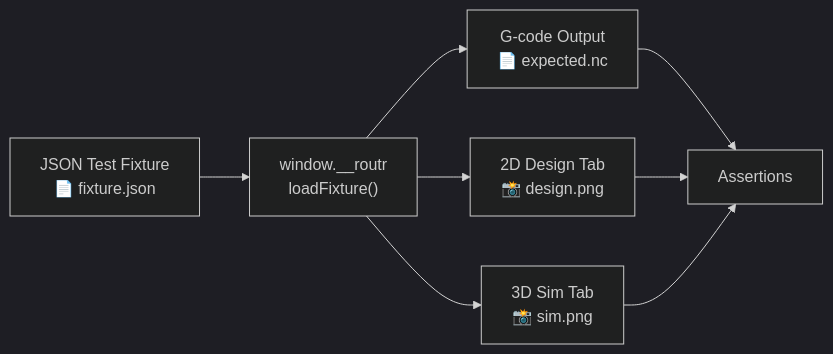
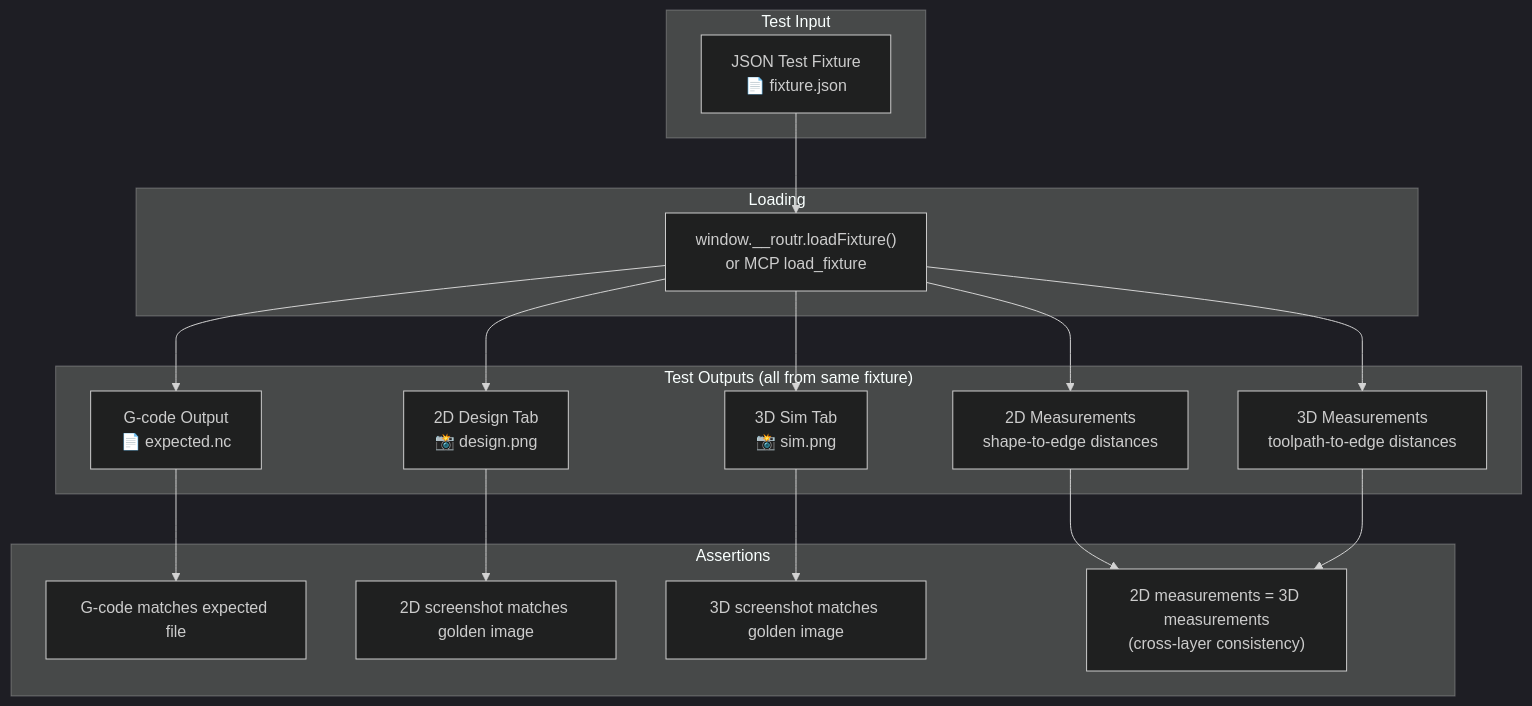
Before and after one commit to danhannah94/csdlc-docs: the fifth of 8 diagrams in docs/projects/routr/epics/validation.md, drawn with Mermaid (dark theme). The commit also changed other lines of this file, not shown here.

Commit message:
docs: validation epic - refinement pass 4 (quality gates, protagonist/antagonist, cross-layer measurement, integration test strategy, MCP separate pkg, Fusion 360 UX)

````diff
--- a/docs/projects/routr/epics/validation.md
+++ b/docs/projects/routr/epics/validation.md
@@ -292,12 +366,32 @@
 ```mermaid
-graph LR
-    FIXTURE["JSON Test Fixture<br/>📄 fixture.json"] --> HOOKS["window.__routr<br/>loadFixture()"]
+graph TD
+    subgraph INPUT["Test Input"]
+        FIXTURE["JSON Test Fixture<br/>📄 fixture.json"]
+    end
 
-    HOOKS --> GCODE["G-code Output<br/>📄 expected.nc"]
-    HOOKS --> DESIGN["2D Design Tab<br/>📸 design.png"]
-    HOOKS --> SIMTAB["3D Sim Tab<br/>📸 sim.png"]
+    subgraph LOAD["Loading"]
+        HOOKS["window.__routr.loadFixture()<br/>or MCP load_fixture"]
+    end
 
-    GCODE --> ASSERT["Assertions"]
-    DESIGN --> ASSERT
-    SIMTAB --> ASSERT
+    subgraph OUTPUTS["Test Outputs (all from same fixture)"]
+        GCODE["G-code Output<br/>📄 expected.nc"]
+        DESIGN["2D Design Tab<br/>📸 design.png"]
+        SIMTAB["3D Sim Tab<br/>📸 sim.png"]
+        MEASURE_2D["2D Measurements<br/>shape-to-edge distances"]
+        MEASURE_3D["3D Measurements<br/>toolpath-to-edge distances"]
+    end
+
+    subgraph ASSERTIONS["Assertions"]
+        A1["G-code matches expected file"]
+        A2["2D screenshot matches golden image"]
+        A3["3D screenshot matches golden image"]
+        A4["2D measurements = 3D measurements<br/>(cross-layer consistency)"]
+    end
+
+    FIXTURE --> HOOKS
+    HOOKS --> GCODE --> A1
+    HOOKS --> DESIGN --> A2
+    HOOKS --> SIMTAB --> A3
+    HOOKS --> MEASURE_2D --> A4
+    HOOKS --> MEASURE_3D --> A4
 ```
````
